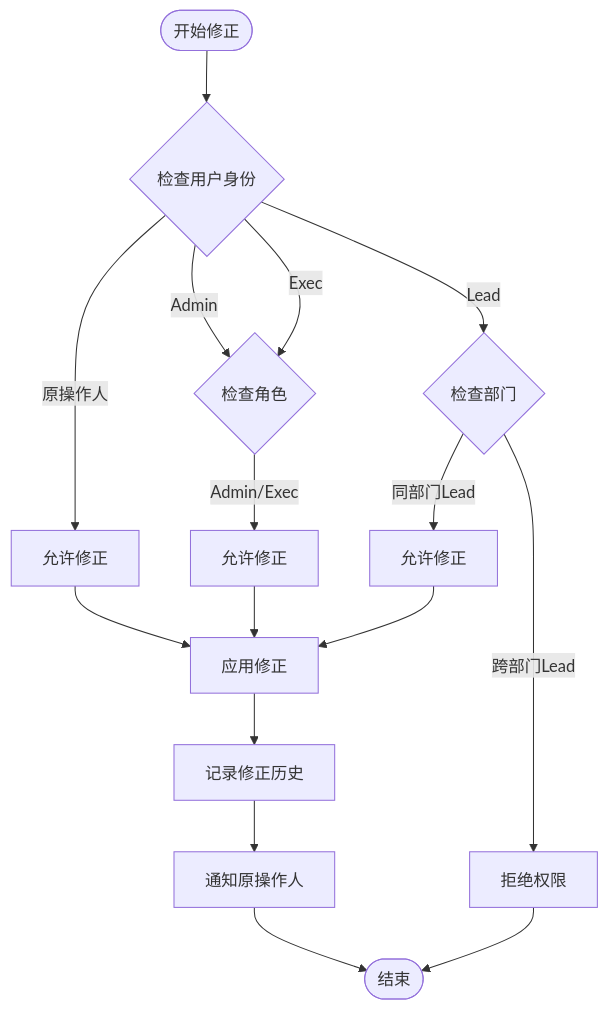
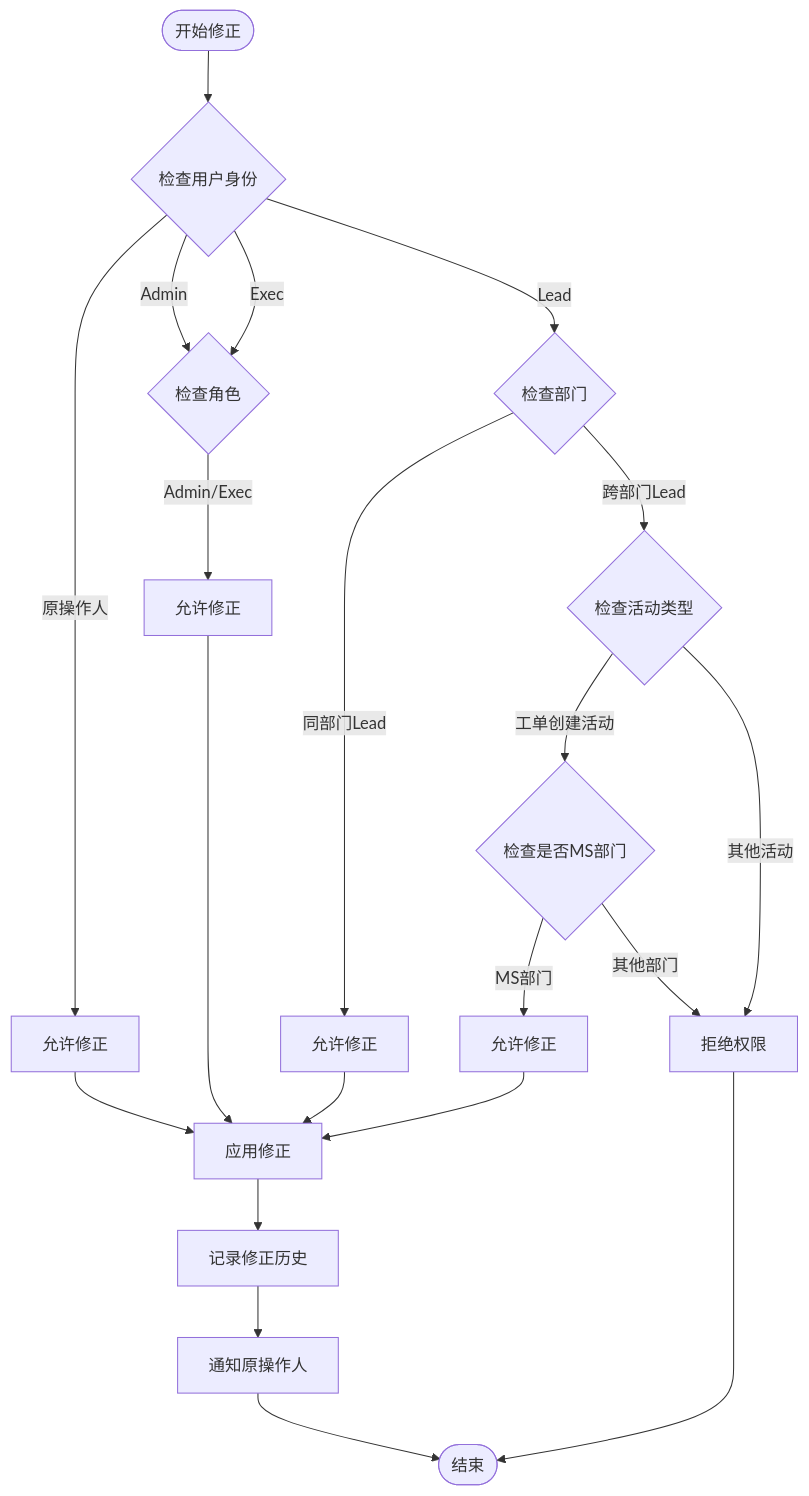
Diagram 19 of 28 in .qoder/repowiki/zh/content/Ticket Detail System/Ticket Detail System.md (CubeEdge/Longhorn), drawn with Mermaid before and after one commit. The commit also changed other lines of this file and 53 other files, not shown here.

````diff
--- a/.qoder/repowiki/zh/content/Ticket Detail System/Ticket Detail System.md
+++ b/.qoder/repowiki/zh/content/Ticket Detail System/Ticket Detail System.md
@@ -671,18 +824,23 @@
 ```mermaid
 flowchart TD
 Start([开始修正]) --> CheckUser{检查用户身份}
 CheckUser --> |原操作人| AllowOriginal[允许修正]
 CheckUser --> |Admin| CheckRole{检查角色}
 CheckUser --> |Exec| CheckRole
 CheckUser --> |Lead| CheckLead{检查部门}
 CheckRole --> |Admin/Exec| AllowAdmin[允许修正]
 CheckLead --> |同部门Lead| AllowLead[允许修正]
-CheckLead --> |跨部门Lead| Deny[拒绝权限]
+CheckLead --> |跨部门Lead| CheckActivityType{检查活动类型}
+CheckActivityType --> |工单创建活动| CheckDeptMS{检查是否MS部门}
+CheckActivityType --> |其他活动| Deny[拒绝权限]
+CheckDeptMS --> |MS部门| AllowMS[允许修正]
+CheckDeptMS --> |其他部门| Deny
 AllowOriginal --> ApplyCorrections[应用修正]
 AllowAdmin --> ApplyCorrections
 AllowLead --> ApplyCorrections
+AllowMS --> ApplyCorrections
 Deny --> End([结束])
 ApplyCorrections --> LogCorrection[记录修正历史]
 LogCorrection --> NotifyActor[通知原操作人]
 NotifyActor --> End
 ```
````
